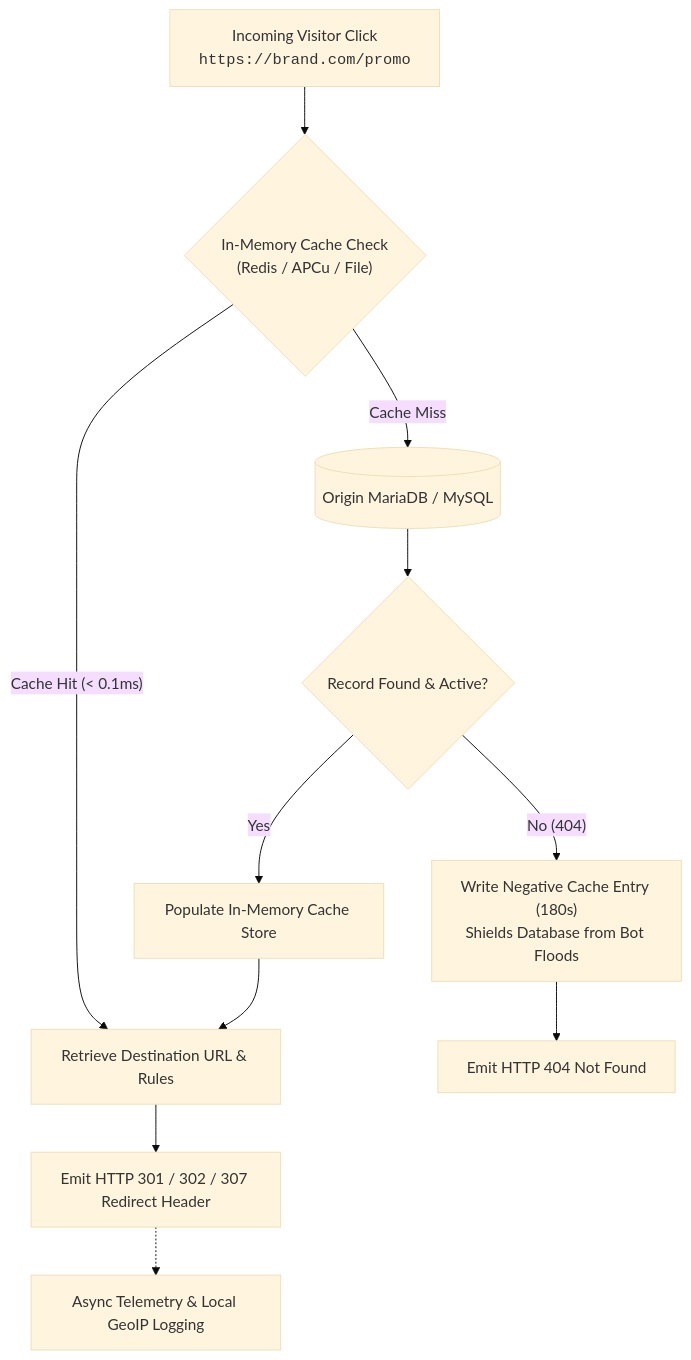
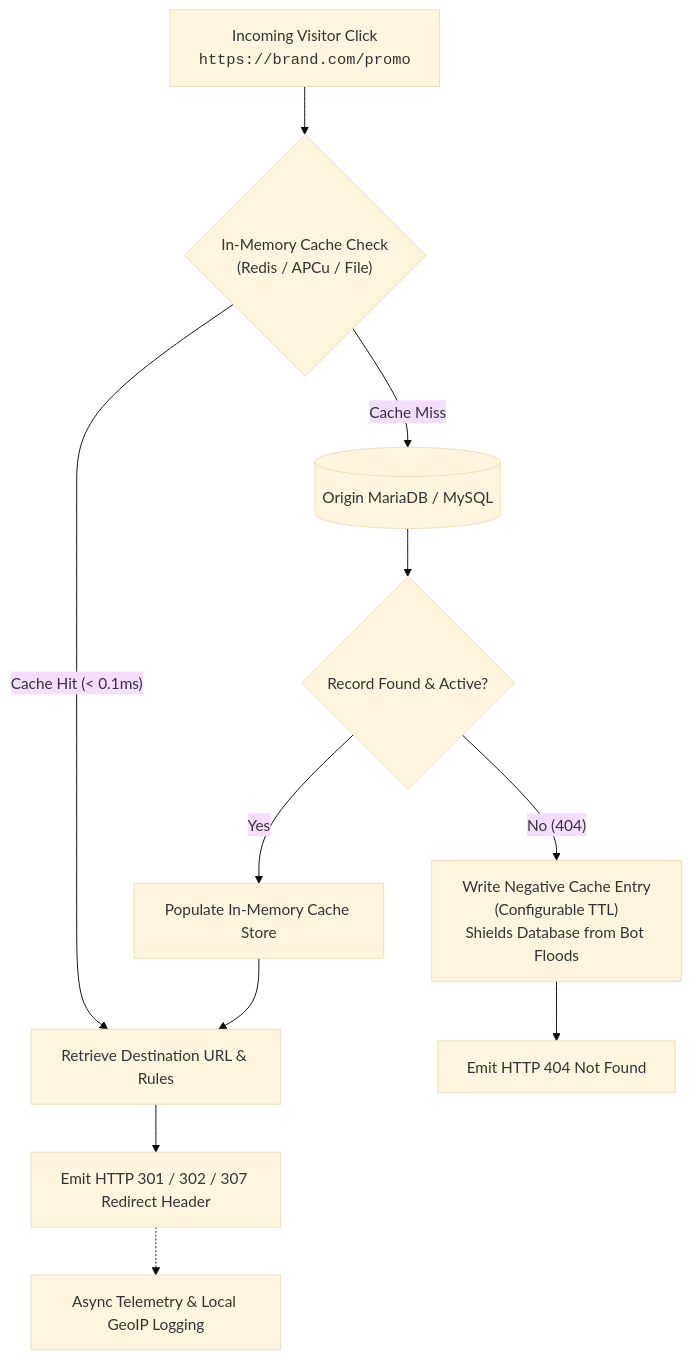
The first of 2 diagrams in README.md (PeakURL/PeakURL), drawn with Mermaid (base theme) before and after one commit. The commit also changed other lines of this file, not shown here.

````diff
--- a/README.md
+++ b/README.md
@@ -56,17 +58,17 @@
 ```mermaid
 flowchart TD
     Req["Incoming Visitor Click<br/><code>https://brand.com/promo</code>"] --> Cache{"In-Memory Cache Check<br/>(Redis / APCu / File)"}
 
     Cache -- "Cache Hit (< 0.1ms)" --> FastPath["Retrieve Destination URL &amp; Rules"]
     FastPath --> Redir["Emit HTTP 301 / 302 / 307 Redirect Header"]
     Redir -.-> Async["Async Telemetry &amp; Local GeoIP Logging"]
 
     Cache -- "Cache Miss" --> DB[("Origin MariaDB / MySQL")]
     DB --> Found{"Record Found &amp; Active?"}
 
     Found -- "Yes" --> Warm["Populate In-Memory Cache Store"]
     Warm --> FastPath
 
-    Found -- "No (404)" --> NegCache["Write Negative Cache Entry (180s)<br/>Shields Database from Bot Floods"]
+    Found -- "No (404)" --> NegCache["Write Negative Cache Entry<br/>(Configurable TTL)<br/>Shields Database from Bot Floods"]
     NegCache --> NotFound["Emit HTTP 404 Not Found"]
 ```
````
